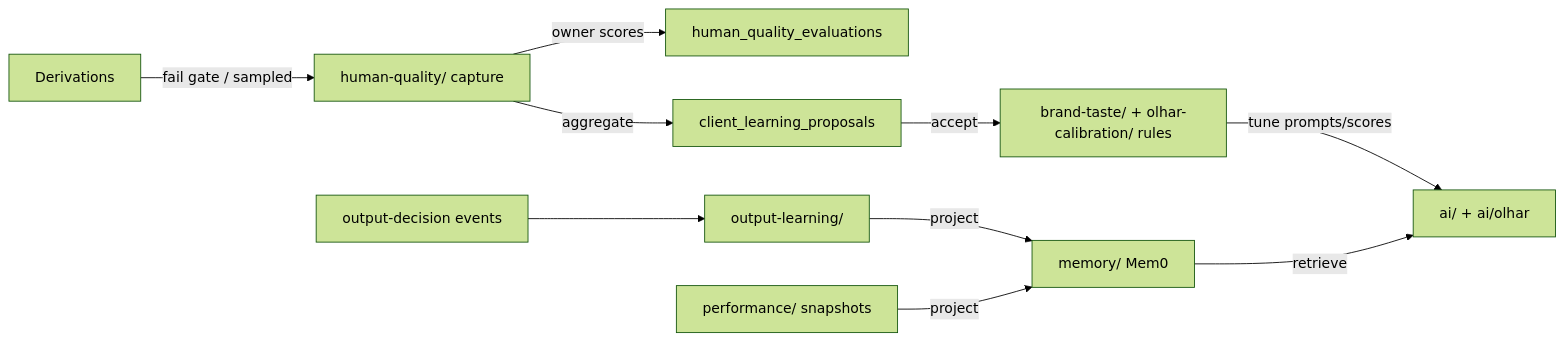
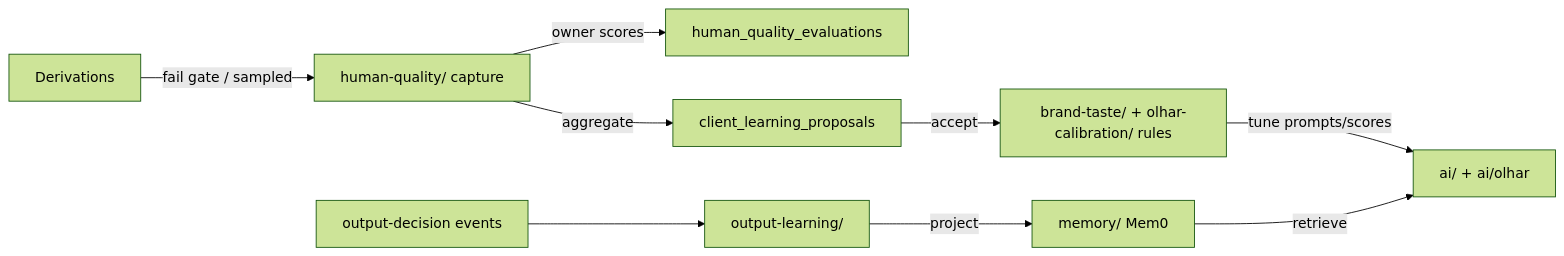
One commit to jhowtkd/adscale changed the second of 2 diagrams in docs/SERVER-MODULES.md. Above: the diagram before and after it, drawn with Mermaid (forest theme). The commit also changed other lines of this file and 44 other files, not shown here.

````diff
--- a/docs/SERVER-MODULES.md
+++ b/docs/SERVER-MODULES.md
@@ -569,12 +567,11 @@
 ```mermaid
 graph LR
   Deriv[Derivations] -->|fail gate / sampled| HQ[human-quality/ capture]
   HQ -->|owner scores| Evals[human_quality_evaluations]
   HQ -->|aggregate| Proposals[client_learning_proposals]
   Proposals -->|accept| Calib[brand-taste/ + olhar-calibration/ rules]
   Calib -->|tune prompts/scores| AI[ai/ + ai/olhar]
   OutputDec[output-decision events] --> OL[output-learning/]
   OL -->|project| Mem[memory/ Mem0]
-  Perf[performance/ snapshots] -->|project| Mem
   Mem -->|retrieve| AI
 ```
````
